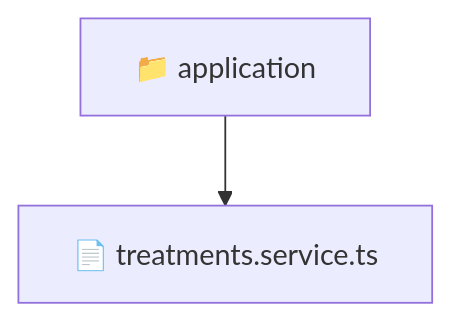
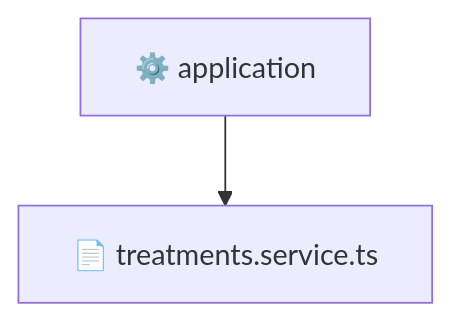
One commit to beginwebdev2002/fullstack-mavluda changed the diagram in backend/src/modules/treatments/application/README.md. Above: the diagram before and after it, drawn with Mermaid. The commit also changed other lines of this file and 165 other files, not shown here.

First line of the commit message:
docs: generate localized architectural READMEs

````diff
--- a/backend/src/modules/treatments/application/README.md
+++ b/backend/src/modules/treatments/application/README.md
@@ -10,5 +11,5 @@
 ```mermaid
 graph TD
-  Root["📁 application"]
-  Root --> treatmentsservicets["📄 treatments.service.ts"]
+  application["⚙️ application"]
+  application --> treatments_service_ts["📄 treatments.service.ts"]
 ```
````
